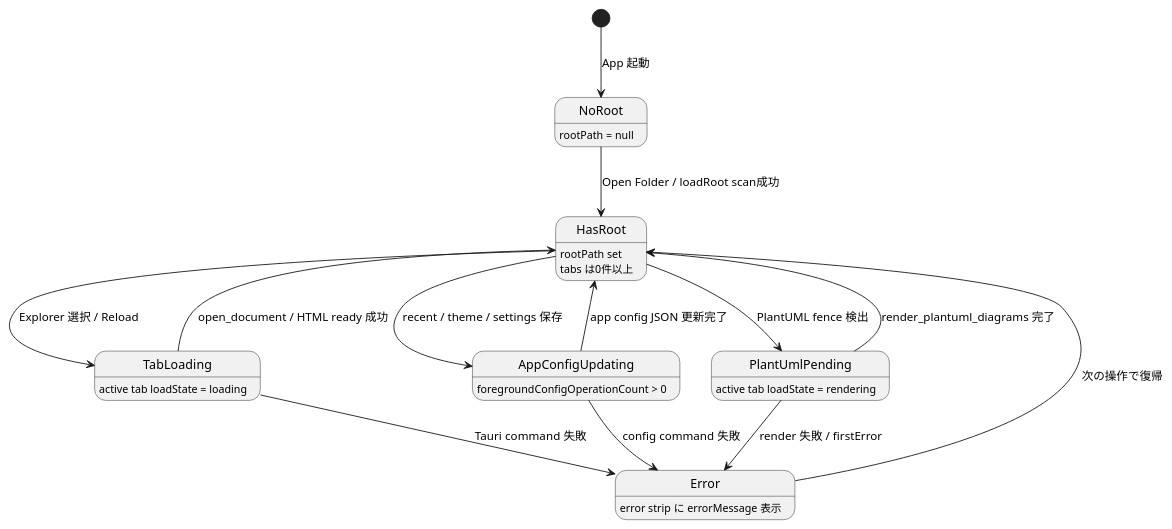
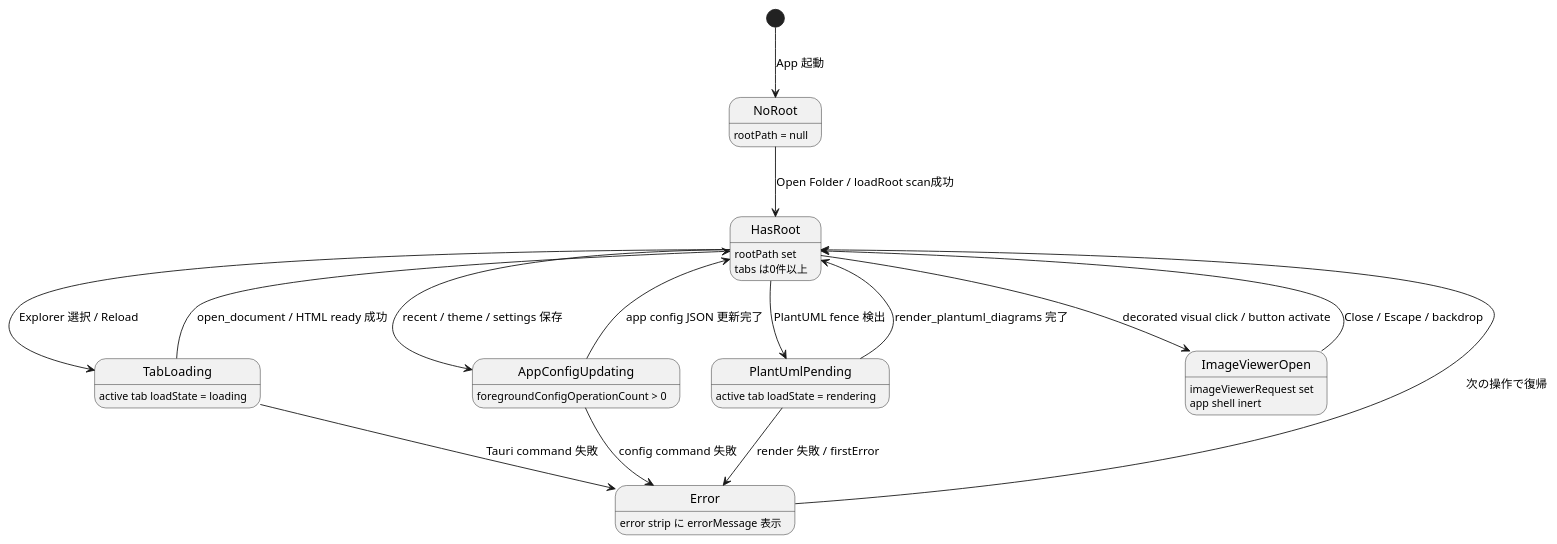
One commit to an-embedded-engineer/MarkdownViewer changed the third of 3 diagrams in docs/components/tauri_viewer/basic_design.md. Above: the diagram before and after it, drawn with PlantUML. The commit also changed other lines of this file and 11 other files, not shown here.

Commit message:
feat: add Tauri Markdown image viewer

````diff
--- a/docs/components/tauri_viewer/basic_design.md
+++ b/docs/components/tauri_viewer/basic_design.md
@@ -190,26 +192,29 @@
 ```plantuml
 @startuml
 skinparam shadowing false
 
 [*] --> NoRoot : App 起動
 
 state NoRoot : rootPath = null
 state HasRoot : rootPath set\ntabs は0件以上
 state TabLoading : active tab loadState = loading
 state AppConfigUpdating : foregroundConfigOperationCount > 0
 state PlantUmlPending : active tab loadState = rendering
 state Error : error strip に errorMessage 表示
+state ImageViewerOpen : imageViewerRequest set\napp shell inert
 
 NoRoot --> HasRoot : Open Folder / loadRoot scan成功
 HasRoot --> TabLoading : Explorer 選択 / Reload
 TabLoading --> HasRoot : open_document / HTML ready 成功
 TabLoading --> Error : Tauri command 失敗
 HasRoot --> AppConfigUpdating : recent / theme / settings 保存
 AppConfigUpdating --> HasRoot : app config JSON 更新完了
 AppConfigUpdating --> Error : config command 失敗
 HasRoot --> PlantUmlPending : PlantUML fence 検出
 PlantUmlPending --> HasRoot : render_plantuml_diagrams 完了
 PlantUmlPending --> Error : render 失敗 / firstError
+HasRoot --> ImageViewerOpen : decorated visual click / button activate
+ImageViewerOpen --> HasRoot : Close / Escape / backdrop
 Error --> HasRoot : 次の操作で復帰
 @enduml
 ```
````
